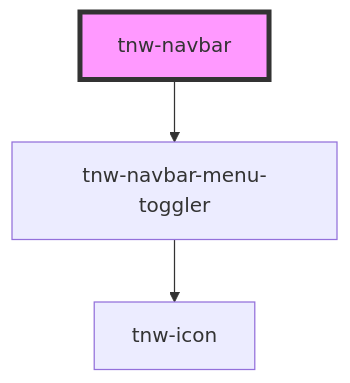
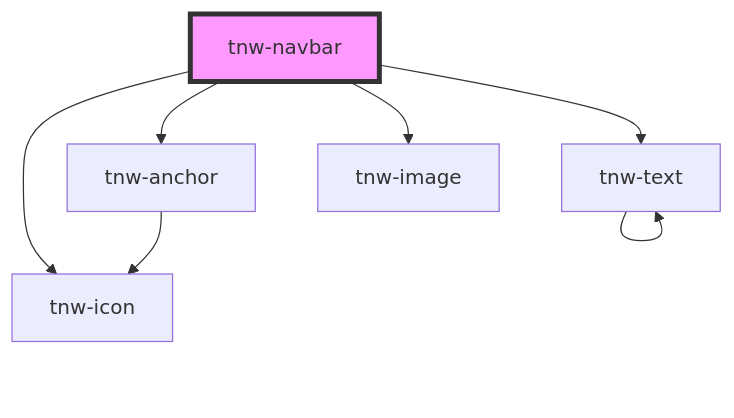
One commit to technway/technway-component-library changed the diagram in packages/stencil-library/src/components/tnw-navbar/readme.md. Above: the diagram before and after it, drawn with Mermaid. The commit also changed other lines of this file and 98 other files, not shown here.

````diff
--- a/packages/stencil-library/src/components/tnw-navbar/readme.md
+++ b/packages/stencil-library/src/components/tnw-navbar/readme.md
@@ -109,6 +96,10 @@
 ```mermaid
 graph TD;
-  tnw-navbar --> tnw-navbar-menu-toggler
-  tnw-navbar-menu-toggler --> tnw-icon
+  tnw-navbar --> tnw-icon
+  tnw-navbar --> tnw-anchor
+  tnw-navbar --> tnw-text
+  tnw-navbar --> tnw-image
+  tnw-anchor --> tnw-icon
+  tnw-text --> tnw-text
   style tnw-navbar fill:#f9f,stroke:#333,stroke-width:4px
 ```
````
